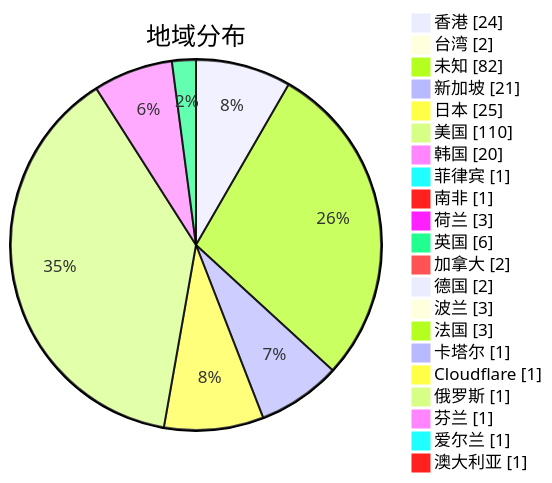
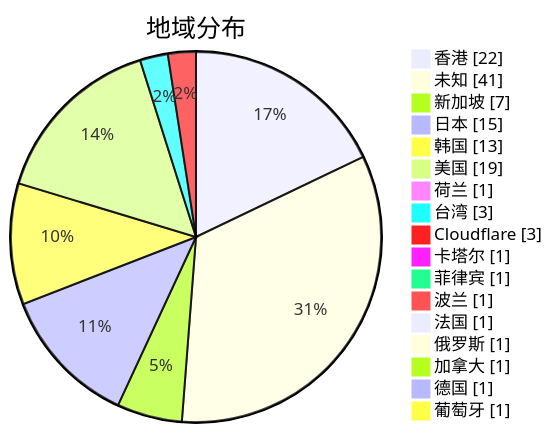
Before and after one commit to qjlxg/airport: the second of 3 diagrams in subs/statistics/tested_within.md, drawn with Mermaid. The commit also changed other lines of this file and 2 other files, not shown here.

Commit message:
Tested by metaST

````diff
--- a/subs/statistics/tested_within.md
+++ b/subs/statistics/tested_within.md
@@ -13,25 +11,21 @@
 ```mermaid
 pie showData
 title 地域分布
-"香港" : 24
-"台湾" : 2
-"未知" : 82
-"新加坡" : 21
-"日本" : 25
-"美国" : 110
-"韩国" : 20
+"香港" : 22
+"未知" : 41
+"新加坡" : 7
+"日本" : 15
+"韩国" : 13
+"美国" : 19
+"荷兰" : 1
+"台湾" : 3
+"Cloudflare" : 3
+"卡塔尔" : 1
 "菲律宾" : 1
-"南非" : 1
-"荷兰" : 3
-"英国" : 6
-"加拿大" : 2
-"德国" : 2
-"波兰" : 3
-"法国" : 3
-"卡塔尔" : 1
-"Cloudflare" : 1
+"波兰" : 1
+"法国" : 1
 "俄罗斯" : 1
-"芬兰" : 1
-"爱尔兰" : 1
-"澳大利亚" : 1
+"加拿大" : 1
+"德国" : 1
+"葡萄牙" : 1
 ```
````
